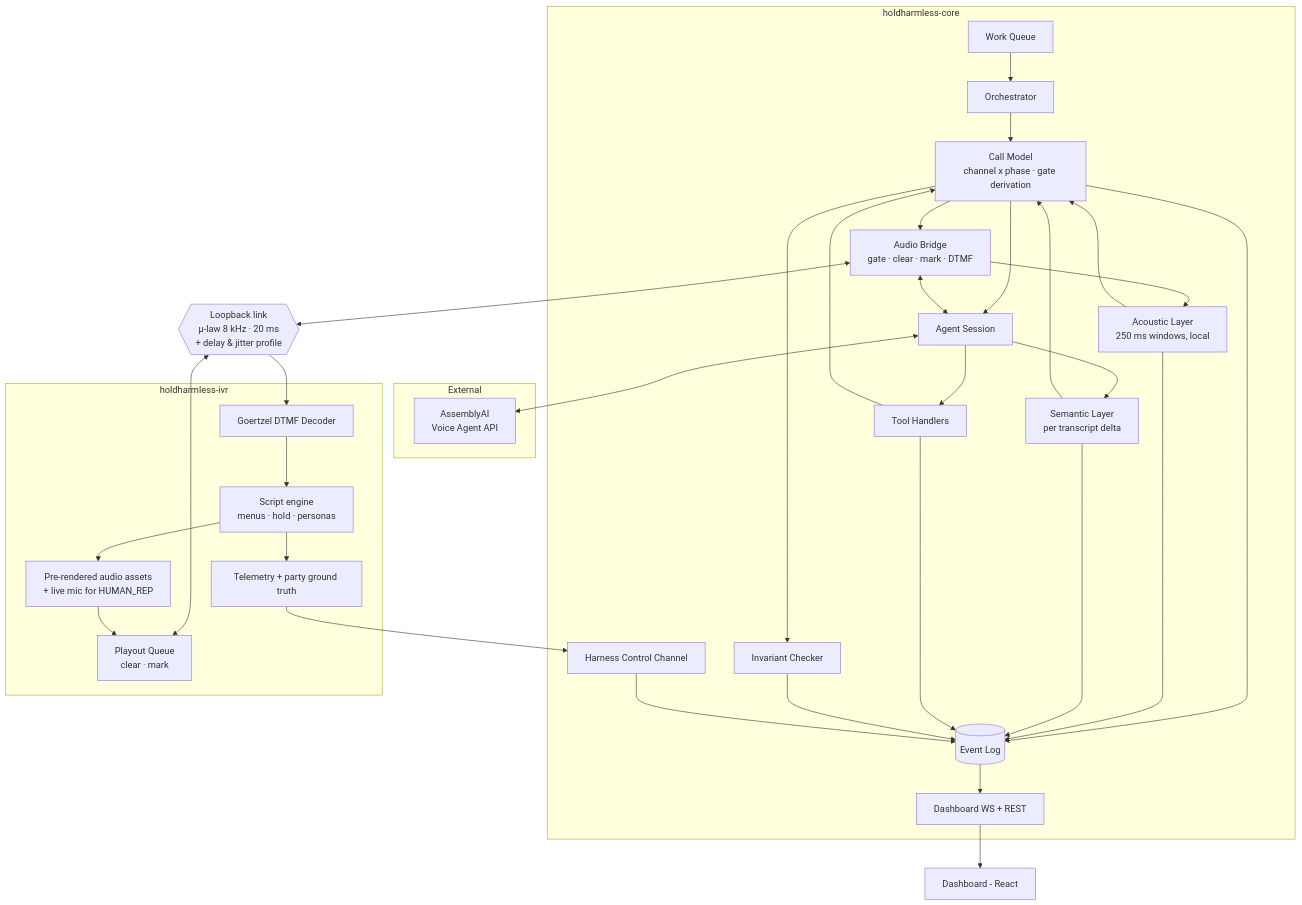
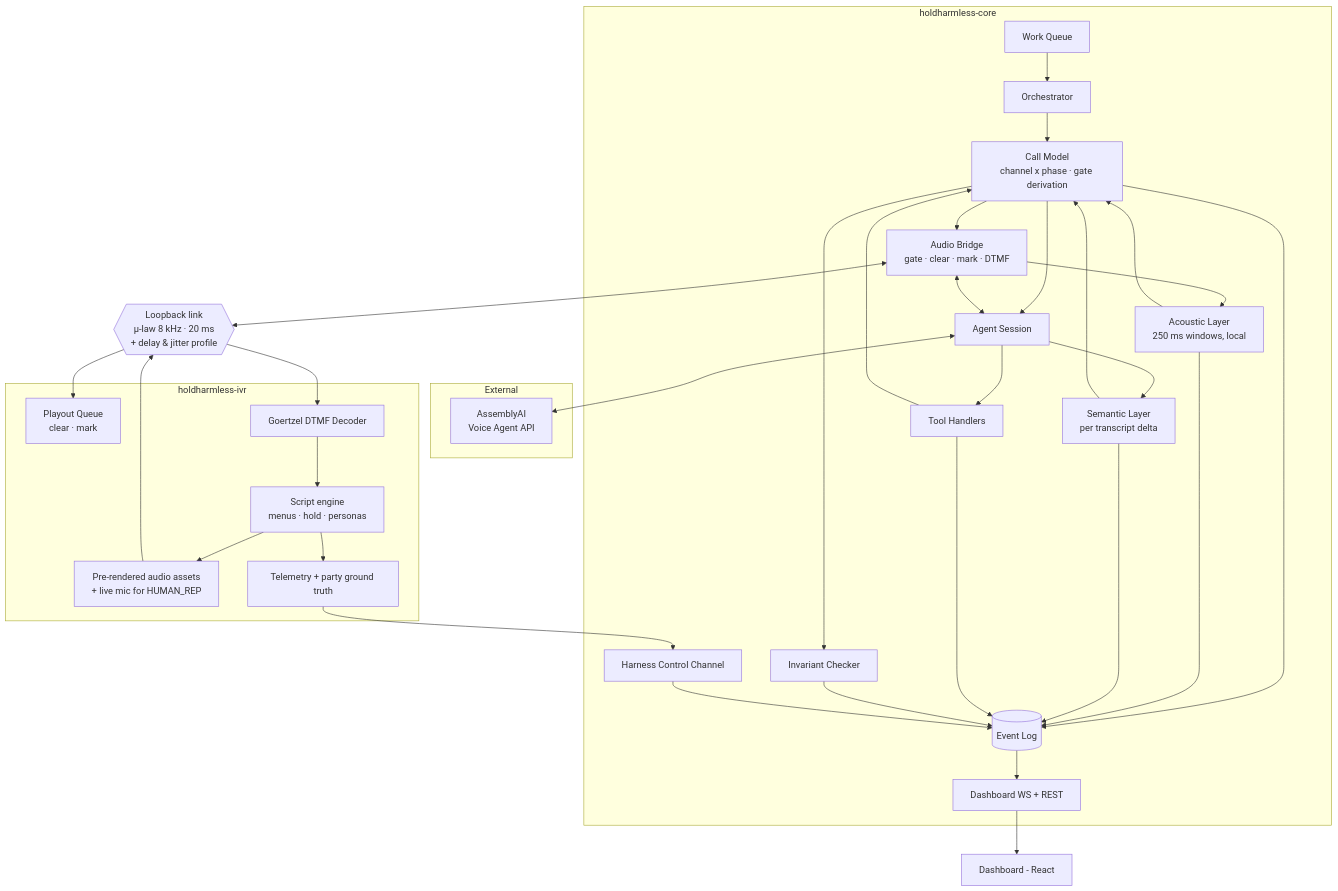
Before and after one commit to antoniorenaldy24/HoldHarmless: the diagram in holdharmless-ssot-v1.2.md, drawn with Mermaid. The commit also changed other lines of this file and 32 other files, not shown here.

````diff
--- a/holdharmless-ssot-v1.2.md
+++ b/holdharmless-ssot-v1.2.md
@@ -510,63 +510,63 @@
 ```mermaid
 graph TB
     subgraph core["holdharmless-core"]
         WQ[Work Queue]
         ORCH[Orchestrator]
         CM[Call Model<br/>channel x phase · gate derivation]
         ACL[Acoustic Layer<br/>250 ms windows, local]
         SCL[Semantic Layer<br/>per transcript delta]
         AB[Audio Bridge<br/>gate · clear · mark · DTMF]
         AS[Agent Session]
         TH[Tool Handlers]
         INV[Invariant Checker]
         EL[(Event Log)]
         API[Dashboard WS + REST]
         HC[Harness Control Channel]
     end
 
     subgraph ext["External"]
         AAI[AssemblyAI<br/>Voice Agent API]
     end
 
     subgraph harness["holdharmless-ivr"]
         PQ[Playout Queue<br/>clear · mark]
         GZ[Goertzel DTMF Decoder]
         AUD[Pre-rendered audio assets<br/>+ live mic for HUMAN_REP]
         TEL[Telemetry + party ground truth]
         SCR[Script engine<br/>menus · hold · personas]
     end
 
     LB{{"Loopback link<br/>μ-law 8 kHz · 20 ms<br/>+ delay & jitter profile"}}
 
     DASH[Dashboard - React]
 
     WQ --> ORCH
     ORCH --> CM
     CM --> AB
     CM --> AS
     CM --> INV
     AB <--> LB
-    LB <--> PQ
+    LB --> PQ
     LB --> GZ
     AB <--> AS
     AB --> ACL
     AS --> SCL
     ACL --> CM
     SCL --> CM
     AS --> TH
     TH --> CM
     CM --> EL
     ACL --> EL
     SCL --> EL
     TH --> EL
     INV --> EL
     HC --> EL
     TEL --> HC
     EL --> API
     API --> DASH
     AS <--> AAI
     GZ --> SCR
     SCR --> AUD
-    AUD --> PQ
+    AUD --> LB
     SCR --> TEL
 ```
````
